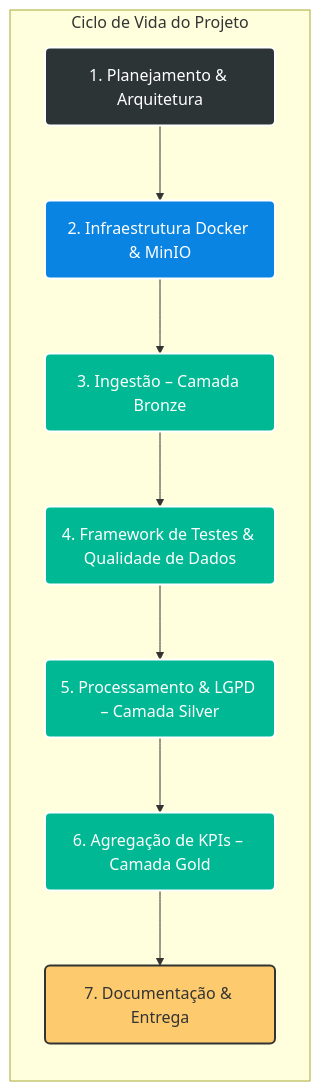
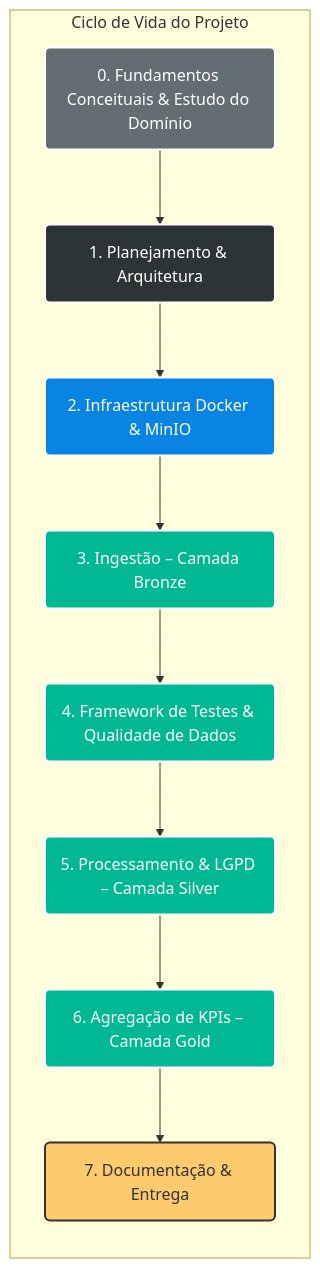
One commit to arthurgmv/projeto_data_masters changed the first of 2 diagrams in README.pt-BR.md. Above: the diagram before and after it, drawn with Mermaid.

````diff
--- a/README.pt-BR.md
+++ b/README.pt-BR.md
@@ -25,17 +25,19 @@
 ```mermaid
 graph TD
+    classDef study fill:#636e72,stroke:#fff,stroke-width:2px,color:#fff;
     classDef planning fill:#2d3436,stroke:#fff,stroke-width:2px,color:#fff;
     classDef infra fill:#0984e3,stroke:#fff,stroke-width:2px,color:#fff;
     classDef code fill:#00b894,stroke:#fff,stroke-width:2px,color:#fff;
     classDef deliver fill:#fdcb6e,stroke:#333,stroke-width:2px,color:#333;
 
     subgraph Timeline [Ciclo de Vida do Projeto]
         direction TB
-        A(1. Planejamento & Arquitetura):::planning --> B(2. Infraestrutura Docker & MinIO):::infra
+        Z(0. Fundamentos Conceituais & Estudo do Domínio):::study --> A(1. Planejamento & Arquitetura):::planning
+        A --> B(2. Infraestrutura Docker & MinIO):::infra
         B --> C(3. Ingestão – Camada Bronze):::code
         C --> D(4. Framework de Testes & Qualidade de Dados):::code
         D --> E(5. Processamento & LGPD – Camada Silver):::code
         E --> F(6. Agregação de KPIs – Camada Gold):::code
         F --> G(7. Documentação & Entrega):::deliver
     end
 ```
````
